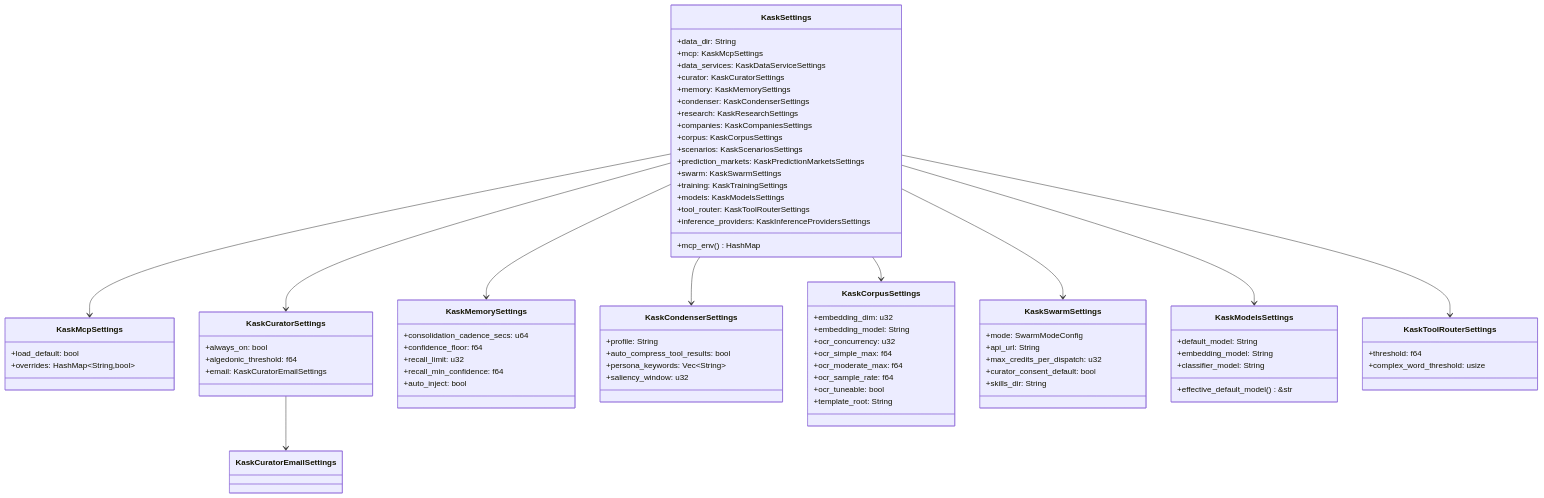
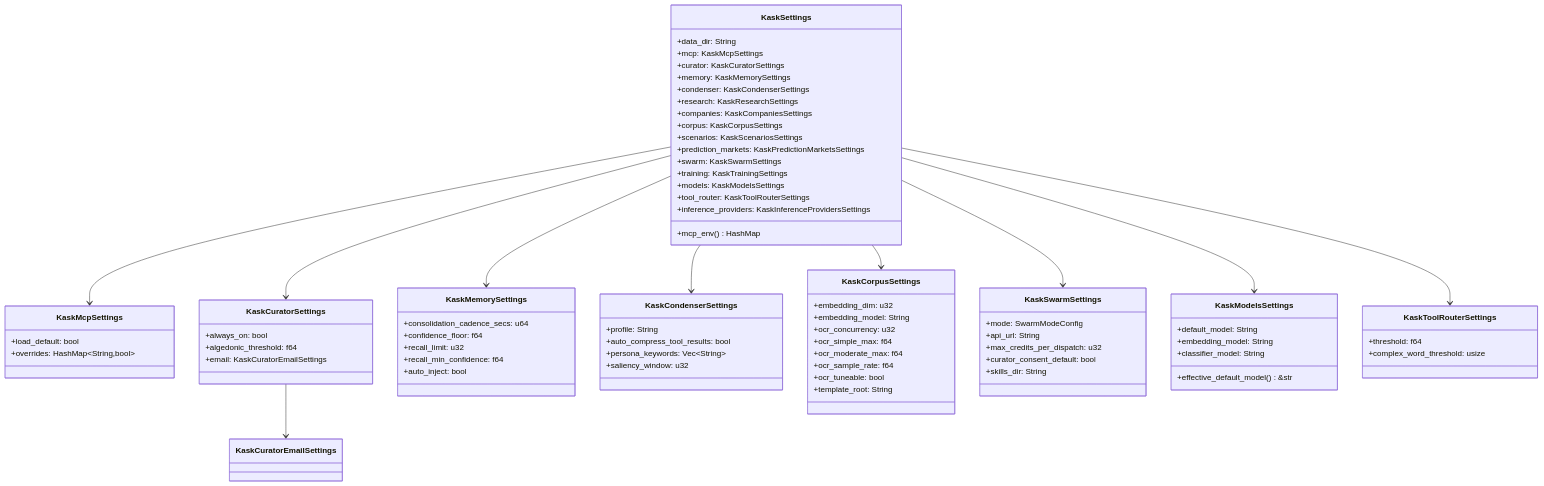
One commit to mdz-axo/zed-kask changed the first of 3 diagrams in kask/docs/diataxis/kask_bridge/reference.md. Above: the diagram before and after it, drawn with Mermaid. The commit also changed other lines of this file and 8 other files, not shown here.

First line of the commit message:
Remove data-service settings toggles

````diff
--- a/kask/docs/diataxis/kask_bridge/reference.md
+++ b/kask/docs/diataxis/kask_bridge/reference.md
@@ -116,80 +115,79 @@
 ```mermaid
 classDiagram
     class KaskSettings {
         +data_dir: String
         +mcp: KaskMcpSettings
-        +data_services: KaskDataServiceSettings
         +curator: KaskCuratorSettings
         +memory: KaskMemorySettings
         +condenser: KaskCondenserSettings
         +research: KaskResearchSettings
         +companies: KaskCompaniesSettings
         +corpus: KaskCorpusSettings
         +scenarios: KaskScenariosSettings
         +prediction_markets: KaskPredictionMarketsSettings
         +swarm: KaskSwarmSettings
         +training: KaskTrainingSettings
         +models: KaskModelsSettings
         +tool_router: KaskToolRouterSettings
         +inference_providers: KaskInferenceProvidersSettings
         +mcp_env() HashMap
     }
     class KaskMcpSettings {
         +load_default: bool
         +overrides: HashMap~String,bool~
     }
     class KaskCuratorSettings {
         +always_on: bool
         +algedonic_threshold: f64
         +email: KaskCuratorEmailSettings
     }
     class KaskMemorySettings {
         +consolidation_cadence_secs: u64
         +confidence_floor: f64
         +recall_limit: u32
         +recall_min_confidence: f64
         +auto_inject: bool
     }
     class KaskCondenserSettings {
         +profile: String
         +auto_compress_tool_results: bool
         +persona_keywords: Vec~String~
         +saliency_window: u32
     }
     class KaskCorpusSettings {
         +embedding_dim: u32
         +embedding_model: String
         +ocr_concurrency: u32
         +ocr_simple_max: f64
         +ocr_moderate_max: f64
         +ocr_sample_rate: f64
         +ocr_tuneable: bool
         +template_root: String
     }
     class KaskSwarmSettings {
         +mode: SwarmModeConfig
         +api_url: String
         +max_credits_per_dispatch: u32
         +curator_consent_default: bool
         +skills_dir: String
     }
     class KaskModelsSettings {
         +default_model: String
         +embedding_model: String
         +classifier_model: String
         +effective_default_model() &str
     }
     class KaskToolRouterSettings {
         +threshold: f64
         +complex_word_threshold: usize
     }
     KaskSettings --> KaskMcpSettings
     KaskSettings --> KaskCuratorSettings
     KaskSettings --> KaskMemorySettings
     KaskSettings --> KaskCondenserSettings
     KaskSettings --> KaskCorpusSettings
     KaskSettings --> KaskSwarmSettings
     KaskSettings --> KaskModelsSettings
     KaskSettings --> KaskToolRouterSettings
     KaskCuratorSettings --> KaskCuratorEmailSettings
 ```
````
